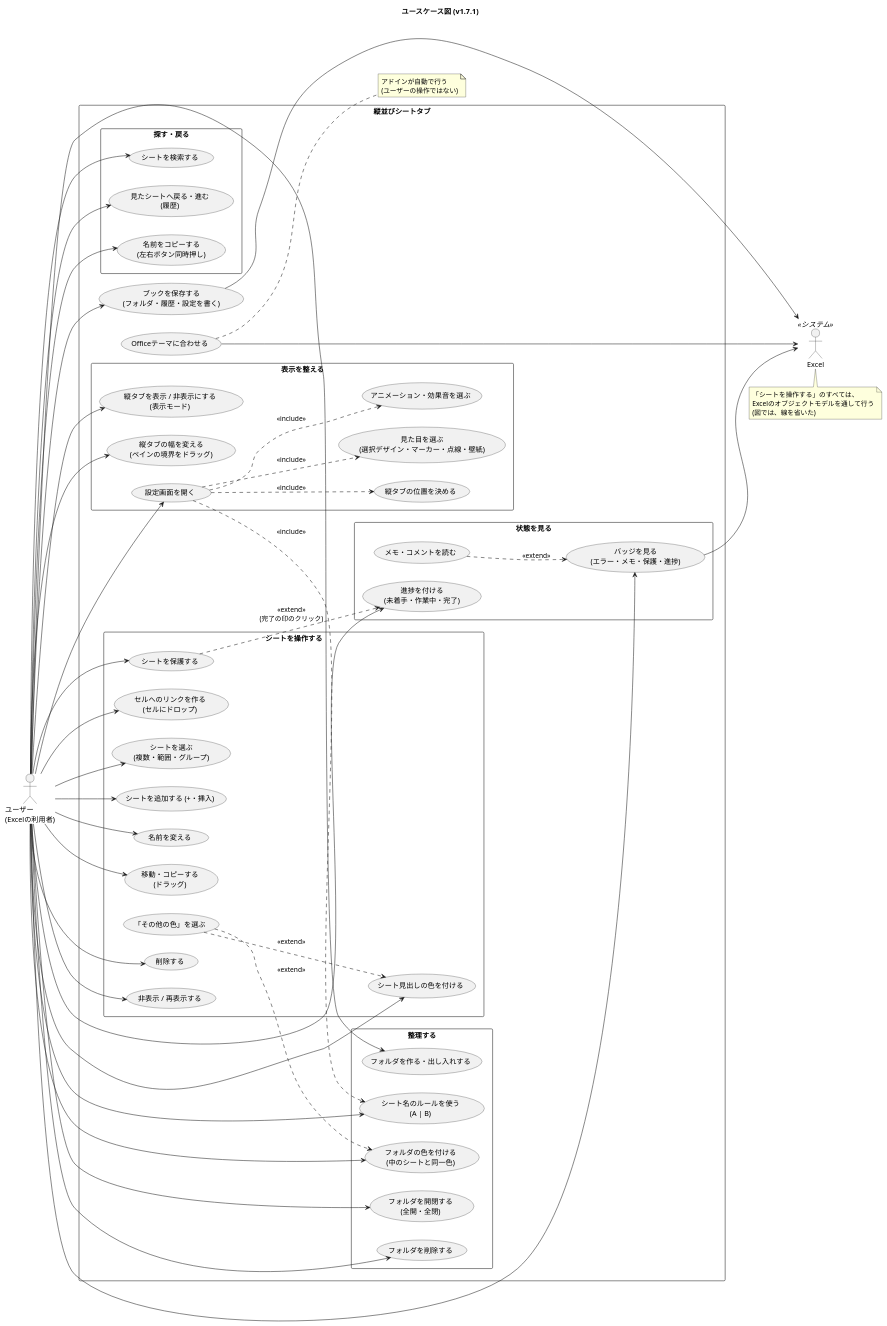
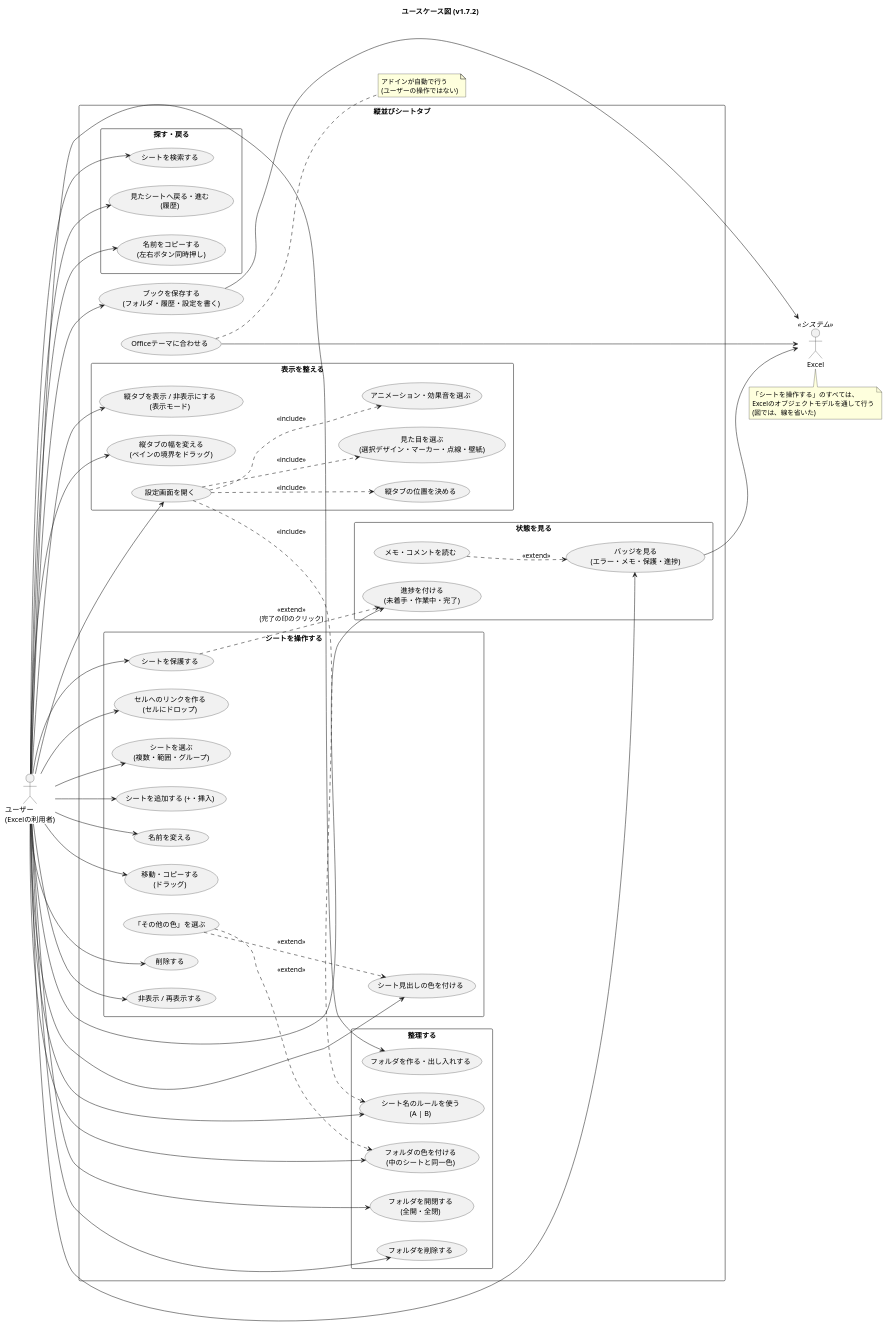
The diagram in docs/usecase.puml (nk-taka623/VerticalSheetTabs), drawn with PlantUML before and after one commit. The commit also changed 15 other files, not shown here.

```diff
--- a/docs/usecase.puml
+++ b/docs/usecase.puml
@@ -1,105 +1,105 @@
 @startuml
-title ユースケース図 (v1.7.1)
+title ユースケース図 (v1.7.2)
 left to right direction
 skinparam shadowing false
 skinparam packageStyle rectangle
 
 actor "ユーザー\n(Excelの利用者)" as U
 actor "Excel" as XL <<システム>>
 
 rectangle "縦並びシートタブ" {
 
   package "シートを操作する" {
     usecase "シートを選ぶ\n(複数・範囲・グループ)" as UC_SEL
     usecase "シートを追加する (+・挿入)" as UC_ADD
     usecase "名前を変える" as UC_REN
     usecase "移動・コピーする\n(ドラッグ)" as UC_MOVE
     usecase "削除する" as UC_DEL
     usecase "非表示 / 再表示する" as UC_HIDE
     usecase "シート見出しの色を付ける" as UC_COLOR
     usecase "「その他の色」を選ぶ" as UC_MORE
     usecase "シートを保護する" as UC_PROT
     usecase "セルへのリンクを作る\n(セルにドロップ)" as UC_LINK
   }
 
   package "整理する" {
     usecase "フォルダを作る・出し入れする" as UC_FOLDER
     usecase "フォルダを開閉する\n(全開・全閉)" as UC_TOGGLE
     usecase "フォルダの色を付ける\n(中のシートと同一色)" as UC_FCOLOR
     usecase "フォルダを削除する" as UC_FDEL
     usecase "シート名のルールを使う\n(A | B)" as UC_RULE
   }
 
   package "探す・戻る" {
     usecase "シートを検索する" as UC_SEARCH
     usecase "見たシートへ戻る・進む\n(履歴)" as UC_HIST
     usecase "名前をコピーする\n(左右ボタン同時押し)" as UC_COPY
   }
 
   package "状態を見る" {
     usecase "バッジを見る\n(エラー・メモ・保護・進捗)" as UC_BADGE
     usecase "メモ・コメントを読む" as UC_MEMO
     usecase "進捗を付ける\n(未着手・作業中・完了)" as UC_PROG
   }
 
   package "表示を整える" {
     usecase "縦タブを表示 / 非表示にする\n(表示モード)" as UC_MODE
     usecase "縦タブの位置を決める" as UC_SIDE
     usecase "縦タブの幅を変える\n(ペインの境界をドラッグ)" as UC_WIDTH
     usecase "設定画面を開く" as UC_SET
     usecase "見た目を選ぶ\n(選択デザイン・マーカー・点線・壁紙)" as UC_LOOK
     usecase "アニメーション・効果音を選ぶ" as UC_ANIM
   }
 
   usecase "ブックを保存する\n(フォルダ・履歴・設定を書く)" as UC_SAVE
   usecase "Officeテーマに合わせる" as UC_THEME
 }
 
 U --> UC_SEL
 U --> UC_ADD
 U --> UC_REN
 U --> UC_MOVE
 U --> UC_DEL
 U --> UC_HIDE
 U --> UC_COLOR
 U --> UC_PROT
 U --> UC_LINK
 U --> UC_FOLDER
 U --> UC_TOGGLE
 U --> UC_FCOLOR
 U --> UC_FDEL
 U --> UC_RULE
 U --> UC_SEARCH
 U --> UC_HIST
 U --> UC_COPY
 U --> UC_BADGE
 U --> UC_PROG
 U --> UC_MODE
 U --> UC_WIDTH
 U --> UC_SET
 U --> UC_SAVE
 
 UC_MORE ..> UC_COLOR : <<extend>>
 UC_MORE ..> UC_FCOLOR : <<extend>>
 UC_MEMO ..> UC_BADGE : <<extend>>
 UC_PROT ..> UC_PROG : <<extend>>\n(完了の印のクリック)
 UC_SET ..> UC_SIDE : <<include>>
 UC_SET ..> UC_LOOK : <<include>>
 UC_SET ..> UC_ANIM : <<include>>
 UC_SET ..> UC_RULE : <<include>>
 
 UC_SAVE --> XL
 UC_THEME --> XL
 UC_BADGE --> XL
 
 note bottom of XL
   「シートを操作する」のすべては、
   Excelのオブジェクトモデルを通して行う
   (図では、線を省いた)
 end note
 
 note right of UC_THEME
   アドインが自動で行う
   (ユーザーの操作ではない)
 end note
 @enduml
```
